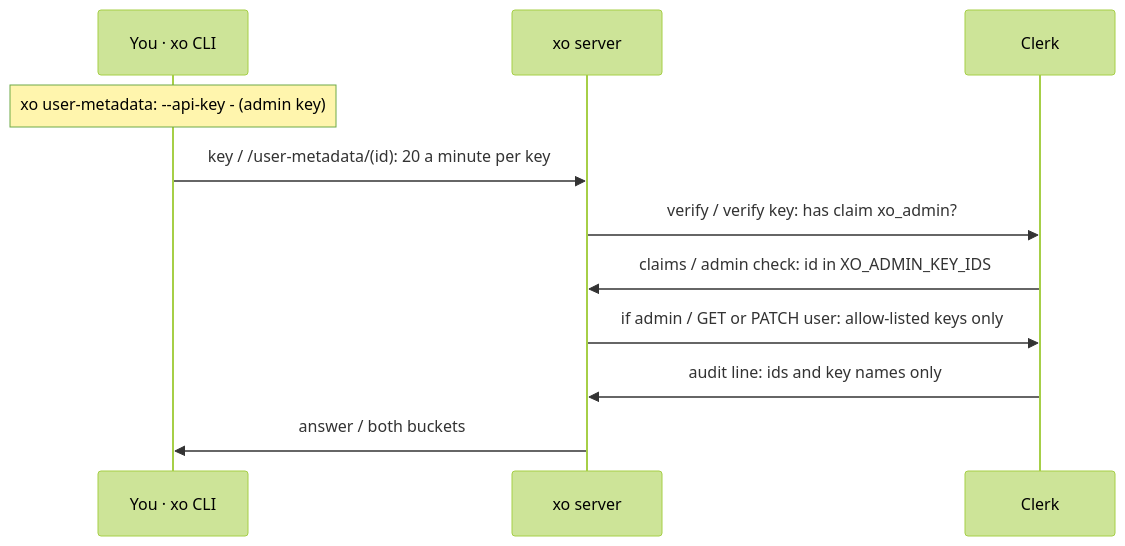
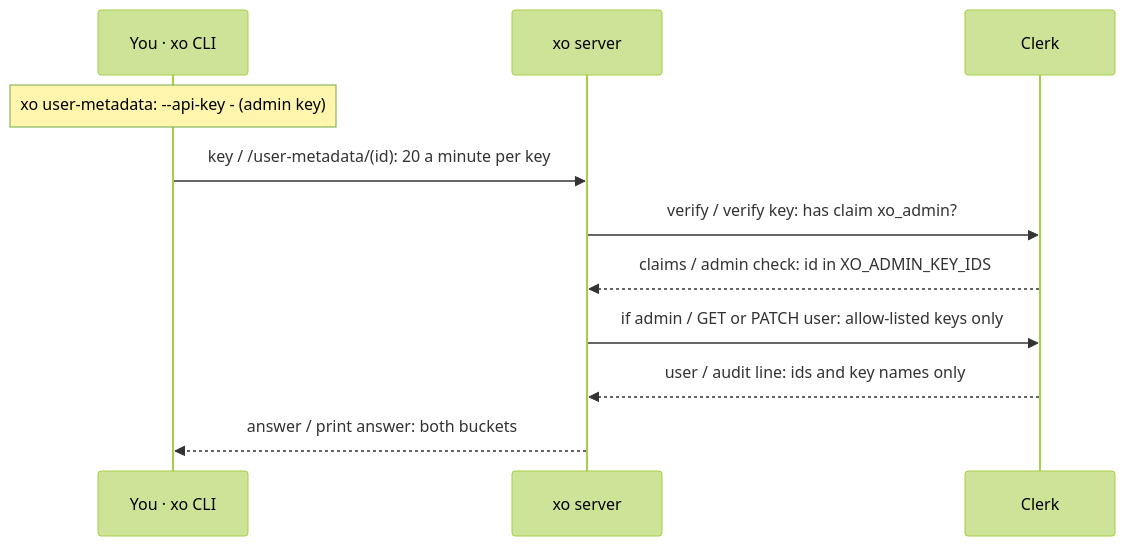
One commit to quirq-ai/xo changed the seventh of 32 diagrams in docs/architecture.md. Above: the diagram before and after it, drawn with Mermaid (forest theme). The commit also changed other lines of this file and 10 other files, not shown here.

First line of the commit message:
xo create and architecture: audit fixes on top of #35 and #36

````diff
--- a/docs/architecture.md
+++ b/docs/architecture.md
@@ -179,13 +192,13 @@
 ```mermaid
 sequenceDiagram
   participant Cli as You · xo CLI
   participant Srv as xo server
   participant Clerk as Clerk
   Note over Cli: xo user-metadata: --api-key - (admin key)
   Cli->>Srv: key / /user-metadata/(id): 20 a minute per key
   Srv->>Clerk: verify / verify key: has claim xo_admin?
-  Clerk->>Srv: claims / admin check: id in XO_ADMIN_KEY_IDS
+  Clerk-->>Srv: claims / admin check: id in XO_ADMIN_KEY_IDS
   Srv->>Clerk: if admin / GET or PATCH user: allow-listed keys only
-  Clerk->>Srv: audit line: ids and key names only
-  Srv->>Cli: answer / both buckets
+  Clerk-->>Srv: user / audit line: ids and key names only
+  Srv-->>Cli: answer / print answer: both buckets
 ```
````
